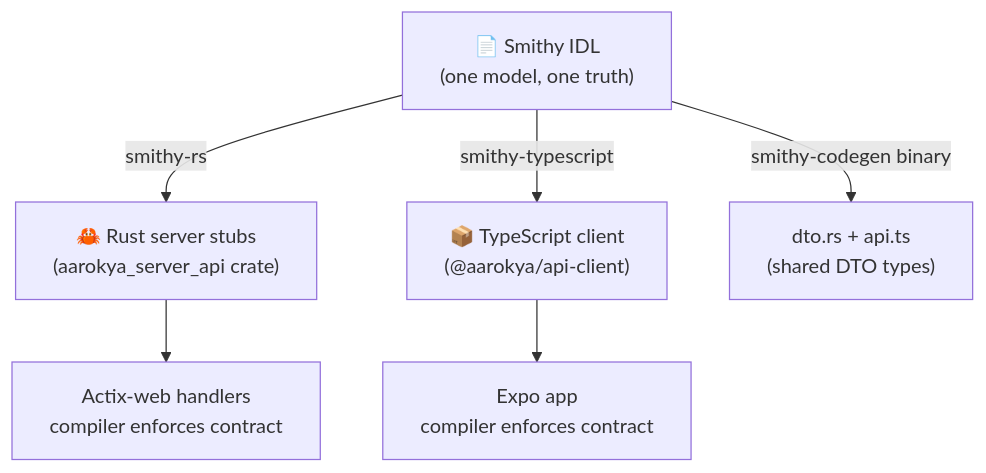
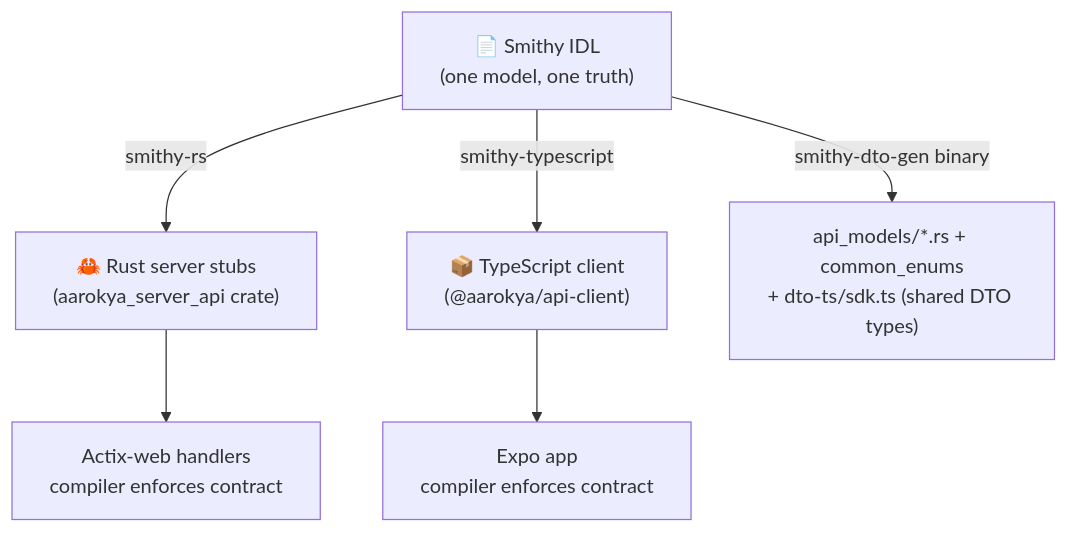
Before and after one commit to anu19981/aarokya-backend: the diagram in api-reference/decisions/adr-001-smithy.mdx, drawn with Mermaid. The commit also changed 82 other files, not shown here.

Commit message:
sync: update api-reference from aarokya-agentic-app

````diff
--- a/api-reference/decisions/adr-001-smithy.mdx
+++ b/api-reference/decisions/adr-001-smithy.mdx
@@ -81,12 +81,12 @@
 ```mermaid
 flowchart TD
-    S["📄 Smithy IDL\n(one model, one truth)"]
+    S["📄 Smithy IDL<br/>(one model, one truth)"]
 
-    S -->|"smithy-rs"| R["🦀 Rust server stubs\n(aarokya_server_api crate)"]
-    S -->|"smithy-typescript"| T["📦 TypeScript client\n(@aarokya/api-client)"]
-    S -->|"smithy-codegen binary"| D["dto.rs + api.ts\n(shared DTO types)"]
+    S -->|"smithy-rs"| R["🦀 Rust server stubs<br/>(aarokya_server_api crate)"]
+    S -->|"smithy-typescript"| T["📦 TypeScript client<br/>(@aarokya/api-client)"]
+    S -->|"smithy-dto-gen binary"| D["api_models/*.rs + common_enums<br/>+ dto-ts/sdk.ts (shared DTO types)"]
 
-    R --> I["Actix-web handlers\ncompiler enforces contract"]
-    T --> E["Expo app\ncompiler enforces contract"]
+    R --> I["Actix-web handlers<br/>compiler enforces contract"]
+    T --> E["Expo app<br/>compiler enforces contract"]
 
 ```
````
